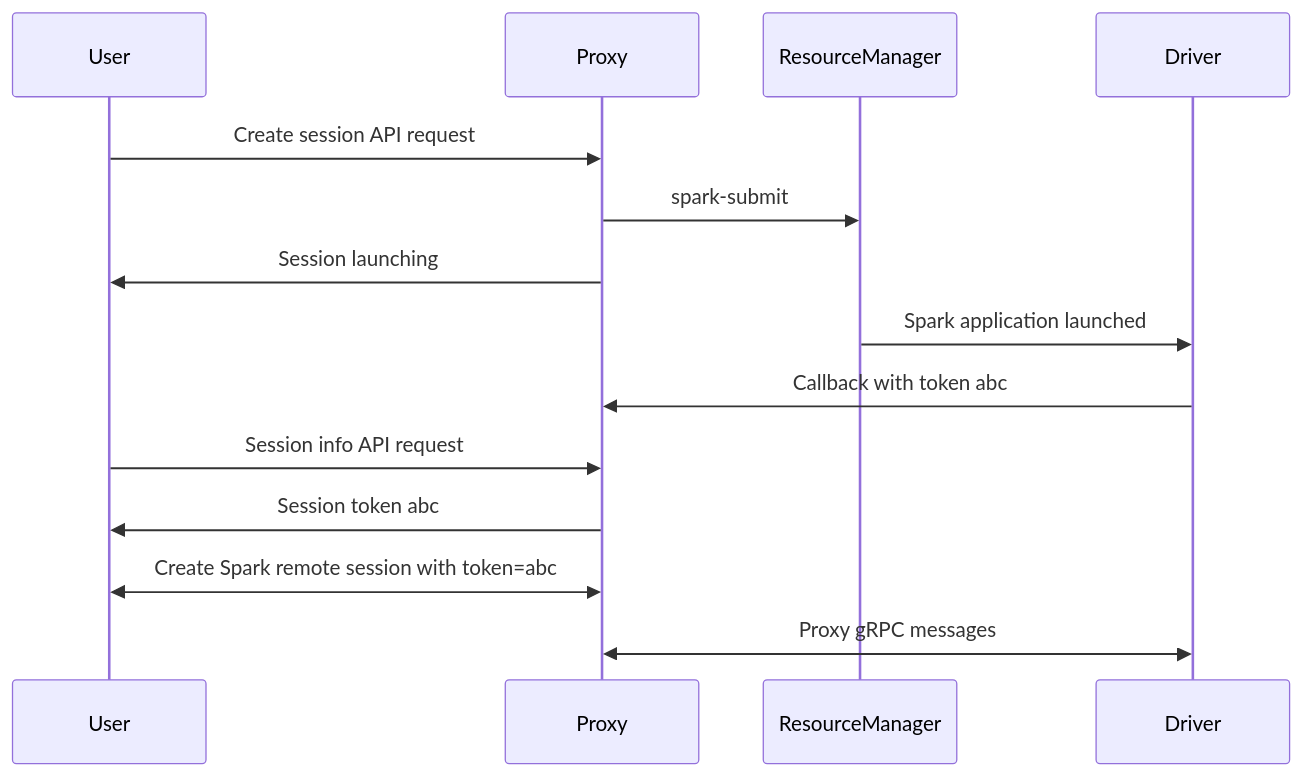
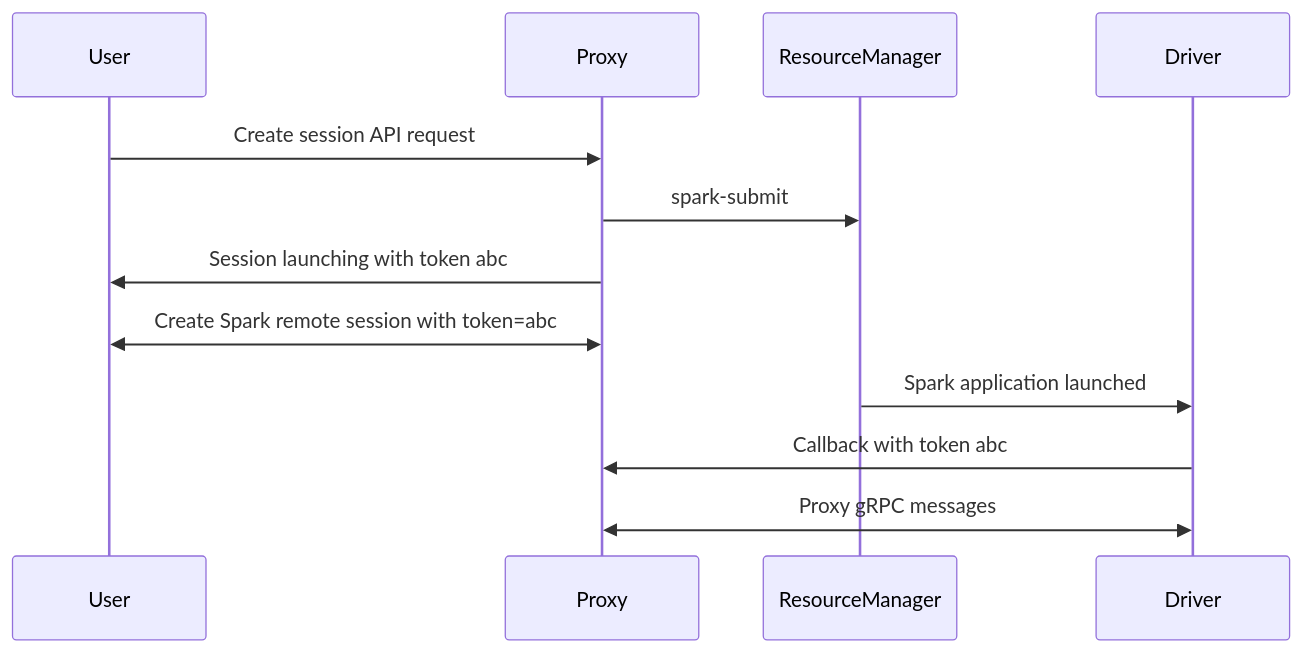
The diagram in README.md (Kimahriman/spark-plug), drawn with Mermaid before and after one commit. The commit also changed other lines of this file, not shown here.

````diff
--- a/README.md
+++ b/README.md
@@ -17,17 +16,15 @@
 ```mermaid
 sequenceDiagram
     participant User
     participant Proxy
     participant ResourceManager
     participant Driver
 
     User->>Proxy: Create session API request
     Proxy->>ResourceManager: spark-submit
-    Proxy->>User: Session launching
+    Proxy->>User: Session launching with token abc
+    User<<->>Proxy: Create Spark remote session with token=abc
     ResourceManager->>Driver: Spark application launched
     Driver->>Proxy: Callback with token abc
-    User->>Proxy: Session info API request
-    Proxy->>User: Session token abc
-    User<<->>Proxy: Create Spark remote session with token=abc
     Proxy<<->>Driver: Proxy gRPC messages
 ```
````
